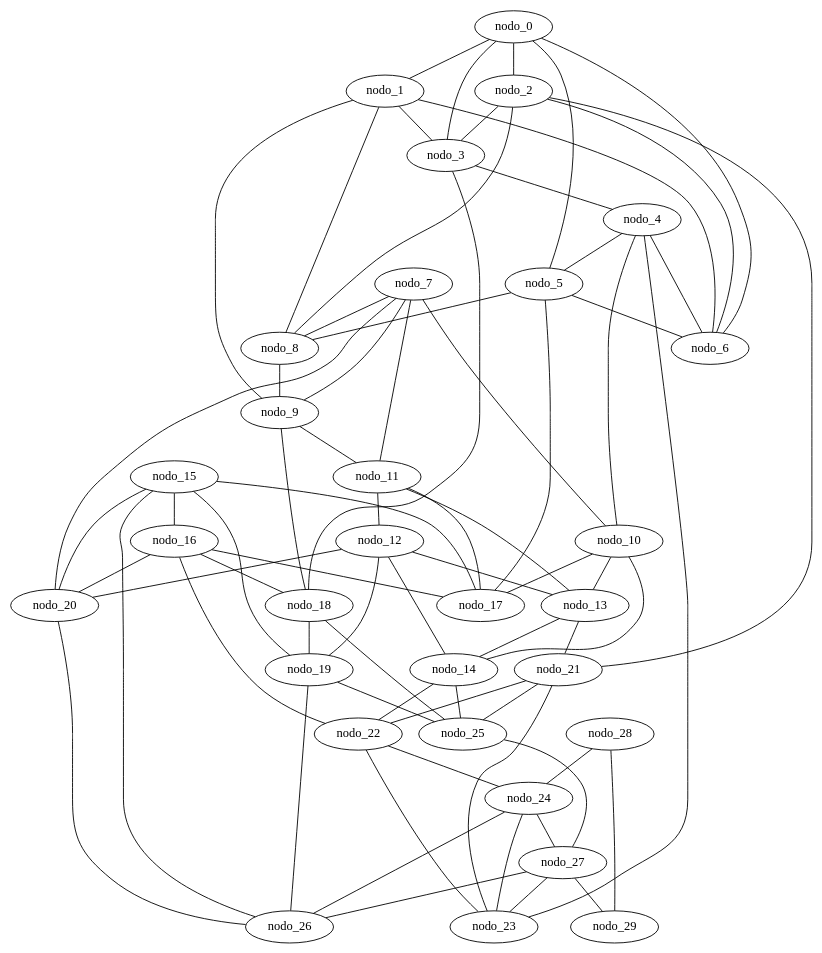
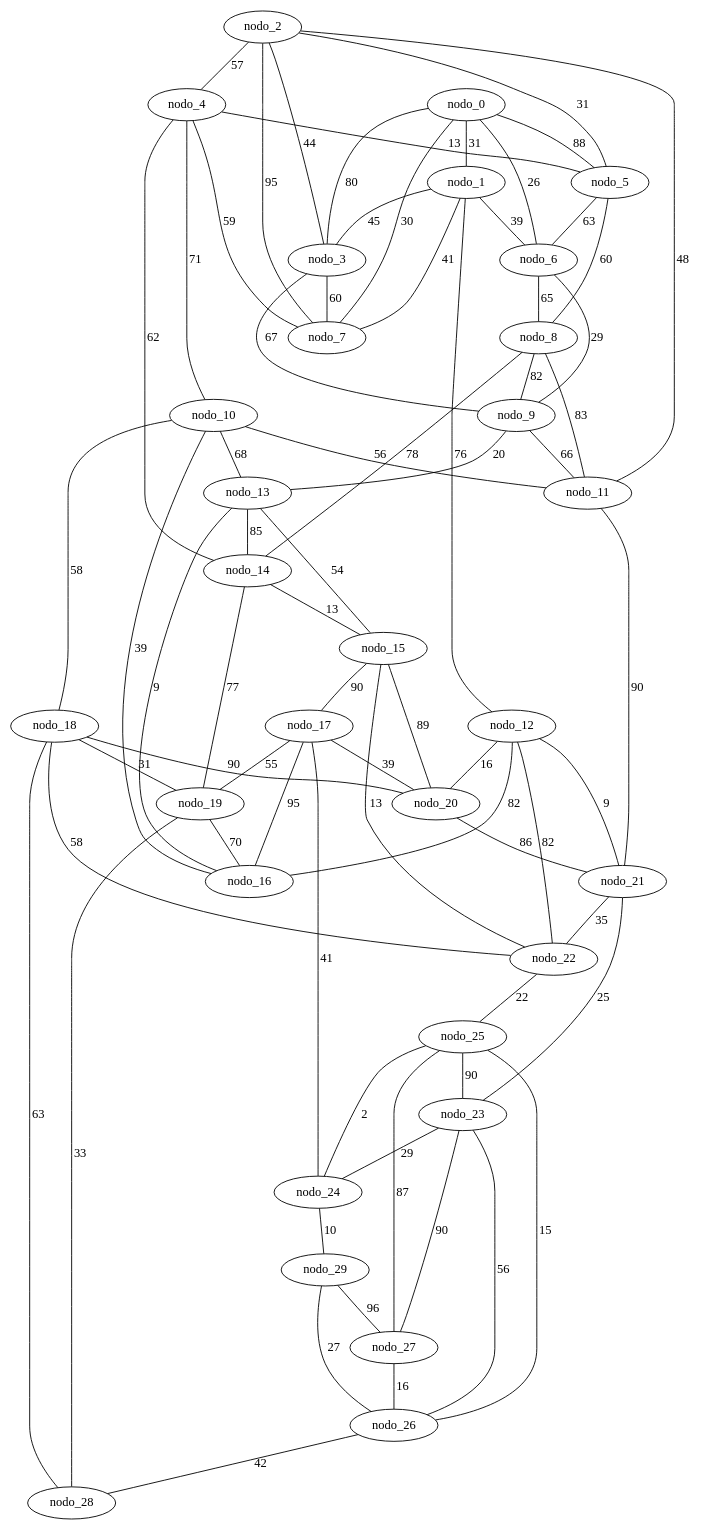
Before and after one commit to sinisterra/cic-algoritmos: the diagram in proyecto03/gen_BarabasiAlbert_30.gv, drawn with Graphviz. The commit also changed 25 other files, not shown here.

```diff
--- a/proyecto03/gen_BarabasiAlbert_30.gv
+++ b/proyecto03/gen_BarabasiAlbert_30.gv
@@ -1,74 +1,74 @@
 graph gen_BarabasiAlbert_30 {
-  nodo_28 -- nodo_24;
-  nodo_10 -- nodo_14;
-  nodo_10 -- nodo_13;
-  nodo_18 -- nodo_19;
-  nodo_10 -- nodo_17;
-  nodo_4 -- nodo_10;
-  nodo_14 -- nodo_25;
-  nodo_18 -- nodo_25;
-  nodo_14 -- nodo_22;
-  nodo_21 -- nodo_22;
-  nodo_21 -- nodo_23;
-  nodo_21 -- nodo_25;
-  nodo_25 -- nodo_27;
-  nodo_27 -- nodo_23;
-  nodo_1 -- nodo_3;
-  nodo_27 -- nodo_26;
-  nodo_1 -- nodo_6;
-  nodo_3 -- nodo_4;
-  nodo_1 -- nodo_8;
-  nodo_1 -- nodo_9;
-  nodo_3 -- nodo_18;
-  nodo_13 -- nodo_14;
-  nodo_5 -- nodo_6;
-  nodo_5 -- nodo_8;
-  nodo_7 -- nodo_8;
-  nodo_7 -- nodo_9;
-  nodo_7 -- nodo_11;
-  nodo_20 -- nodo_26;
-  nodo_4 -- nodo_23;
-  nodo_13 -- nodo_21;
-  nodo_24 -- nodo_26;
-  nodo_24 -- nodo_27;
-  nodo_7 -- nodo_10;
-  nodo_12 -- nodo_13;
-  nodo_12 -- nodo_14;
-  nodo_12 -- nodo_19;
-  nodo_16 -- nodo_17;
-  nodo_16 -- nodo_18;
-  nodo_16 -- nodo_20;
-  nodo_12 -- nodo_20;
-  nodo_16 -- nodo_22;
-  nodo_23 -- nodo_24;
-  nodo_27 -- nodo_29;
-  nodo_7 -- nodo_20;
-  nodo_0 -- nodo_1;
-  nodo_0 -- nodo_2;
-  nodo_0 -- nodo_3;
-  nodo_29 -- nodo_28;
-  nodo_0 -- nodo_5;
-  nodo_2 -- nodo_3;
-  nodo_0 -- nodo_6;
-  nodo_2 -- nodo_6;
-  nodo_5 -- nodo_17;
-  nodo_4 -- nodo_5;
-  nodo_11 -- nodo_12;
-  nodo_2 -- nodo_8;
-  nodo_4 -- nodo_6;
-  nodo_11 -- nodo_13;
-  nodo_15 -- nodo_16;
-  nodo_15 -- nodo_17;
-  nodo_11 -- nodo_17;
-  nodo_15 -- nodo_19;
-  nodo_8 -- nodo_9;
-  nodo_15 -- nodo_26;
-  nodo_2 -- nodo_21;
-  nodo_15 -- nodo_20;
-  nodo_9 -- nodo_18;
-  nodo_19 -- nodo_26;
-  nodo_19 -- nodo_25;
-  nodo_22 -- nodo_23;
-  nodo_22 -- nodo_24;
-  nodo_9 -- nodo_11;
+  nodo_10 -- nodo_11 [label=56 weight=56];
+  nodo_10 -- nodo_13 [label=68 weight=68];
+  nodo_14 -- nodo_15 [label=13 weight=13];
+  nodo_10 -- nodo_16 [label=39 weight=39];
+  nodo_18 -- nodo_19 [label=31 weight=31];
+  nodo_10 -- nodo_18 [label=58 weight=58];
+  nodo_14 -- nodo_19 [label=77 weight=77];
+  nodo_8 -- nodo_14 [label=78 weight=78];
+  nodo_4 -- nodo_10 [label=71 weight=71];
+  nodo_18 -- nodo_28 [label=63 weight=63];
+  nodo_18 -- nodo_22 [label=58 weight=58];
+  nodo_4 -- nodo_14 [label=62 weight=62];
+  nodo_21 -- nodo_22 [label=35 weight=35];
+  nodo_25 -- nodo_26 [label=15 weight=15];
+  nodo_18 -- nodo_20 [label=90 weight=90];
+  nodo_8 -- nodo_11 [label=83 weight=83];
+  nodo_23 -- nodo_21 [label=25 weight=25];
+  nodo_1 -- nodo_3 [label=45 weight=45];
+  nodo_27 -- nodo_26 [label=16 weight=16];
+  nodo_27 -- nodo_25 [label=87 weight=87];
+  nodo_1 -- nodo_6 [label=39 weight=39];
+  nodo_1 -- nodo_7 [label=41 weight=41];
+  nodo_13 -- nodo_15 [label=54 weight=54];
+  nodo_3 -- nodo_7 [label=60 weight=60];
+  nodo_13 -- nodo_14 [label=85 weight=85];
+  nodo_5 -- nodo_6 [label=63 weight=63];
+  nodo_3 -- nodo_9 [label=67 weight=67];
+  nodo_17 -- nodo_19 [label=55 weight=55];
+  nodo_5 -- nodo_8 [label=60 weight=60];
+  nodo_16 -- nodo_13 [label=9 weight=9];
+  nodo_17 -- nodo_24 [label=41 weight=41];
+  nodo_20 -- nodo_21 [label=86 weight=86];
+  nodo_24 -- nodo_25 [label=2 weight=2];
+  nodo_17 -- nodo_20 [label=39 weight=39];
+  nodo_24 -- nodo_29 [label=10 weight=10];
+  nodo_12 -- nodo_16 [label=82 weight=82];
+  nodo_16 -- nodo_17 [label=95 weight=95];
+  nodo_19 -- nodo_16 [label=70 weight=70];
+  nodo_12 -- nodo_22 [label=82 weight=82];
+  nodo_2 -- nodo_11 [label=48 weight=48];
+  nodo_12 -- nodo_20 [label=16 weight=16];
+  nodo_12 -- nodo_21 [label=9 weight=9];
+  nodo_23 -- nodo_24 [label=29 weight=29];
+  nodo_23 -- nodo_27 [label=90 weight=90];
+  nodo_23 -- nodo_26 [label=56 weight=56];
+  nodo_0 -- nodo_1 [label=31 weight=31];
+  nodo_0 -- nodo_3 [label=80 weight=80];
+  nodo_0 -- nodo_5 [label=88 weight=88];
+  nodo_2 -- nodo_3 [label=44 weight=44];
+  nodo_29 -- nodo_27 [label=96 weight=96];
+  nodo_0 -- nodo_6 [label=26 weight=26];
+  nodo_2 -- nodo_4 [label=57 weight=57];
+  nodo_25 -- nodo_23 [label=90 weight=90];
+  nodo_29 -- nodo_26 [label=27 weight=27];
+  nodo_0 -- nodo_7 [label=30 weight=30];
+  nodo_2 -- nodo_5 [label=31 weight=31];
+  nodo_2 -- nodo_7 [label=95 weight=95];
+  nodo_4 -- nodo_5 [label=13 weight=13];
+  nodo_4 -- nodo_7 [label=59 weight=59];
+  nodo_15 -- nodo_17 [label=90 weight=90];
+  nodo_6 -- nodo_8 [label=65 weight=65];
+  nodo_6 -- nodo_9 [label=29 weight=29];
+  nodo_19 -- nodo_28 [label=33 weight=33];
+  nodo_8 -- nodo_9 [label=82 weight=82];
+  nodo_9 -- nodo_13 [label=20 weight=20];
+  nodo_11 -- nodo_21 [label=90 weight=90];
+  nodo_15 -- nodo_20 [label=89 weight=89];
+  nodo_15 -- nodo_22 [label=13 weight=13];
+  nodo_1 -- nodo_12 [label=76 weight=76];
+  nodo_22 -- nodo_25 [label=22 weight=22];
+  nodo_26 -- nodo_28 [label=42 weight=42];
+  nodo_9 -- nodo_11 [label=66 weight=66];
 }
```
